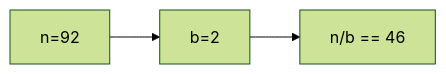
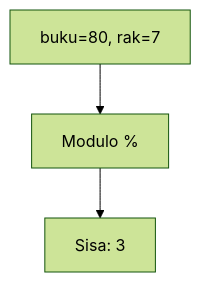
One commit to amnahwaida/OSNK_INF_PREP changed diagram 12 of 25 in part-c-pemahaman-cpp/01-tipe-data/latihan/set-03.md. Above: the diagram before and after it, drawn with Mermaid (forest theme). The commit also changed other lines of this file and 71 other files, not shown here.

````diff
--- a/part-c-pemahaman-cpp/01-tipe-data/latihan/set-03.md
+++ b/part-c-pemahaman-cpp/01-tipe-data/latihan/set-03.md
@@ -377,5 +335,5 @@
 ```mermaid
-graph LR
-A["n=92"] --> B["b=2"]
-B --> C["n/b == 46"]
+graph TD
+A["buku=80, rak=7"] --> B["Modulo %"]
+B --> C["Sisa: 3"]
 ```
````
